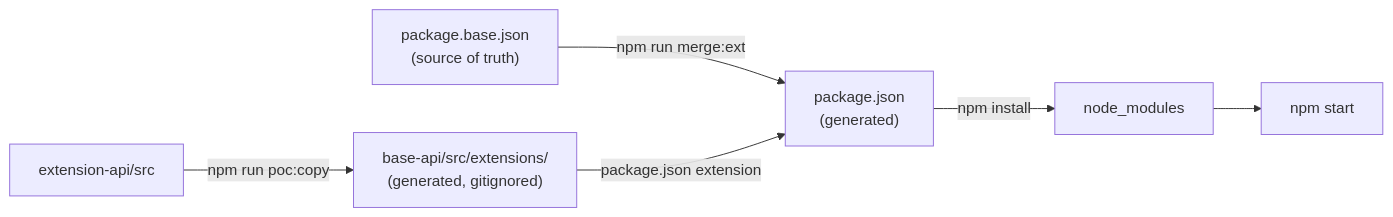
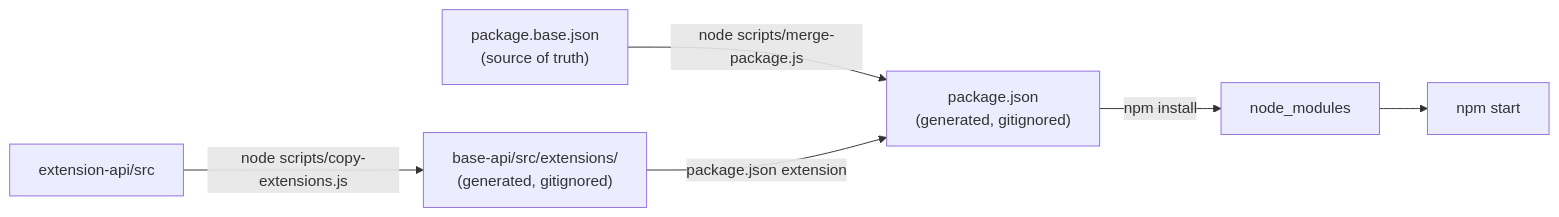
Before and after one commit to satriolangit/express-modular-sample: the sixth of 7 diagrams in docs/ARCHITECTURE.md, drawn with Mermaid. The commit also changed other lines of this file and 7 other files, not shown here.

Commit message:
docs: sync architecture and contracts with hardened behavior

````diff
--- a/docs/ARCHITECTURE.md
+++ b/docs/ARCHITECTURE.md
@@ -397,8 +406,8 @@
 ```mermaid
 flowchart LR
-    A["extension-api/src"] -->|"npm run poc:copy"| B["base-api/src/extensions/<br/>(generated, gitignored)"]
-    C["package.base.json<br/>(source of truth)"] -->|"npm run merge:ext"| D["package.json<br/>(generated)"]
+    A["extension-api/src"] -->|"node scripts/copy-extensions.js"| B["base-api/src/extensions/<br/>(generated, gitignored)"]
+    C["package.base.json<br/>(source of truth)"] -->|"node scripts/merge-package.js"| D["package.json<br/>(generated, gitignored)"]
     B -->|package.json extension| D
     D -->|"npm install"| E["node_modules"]
     E --> F["npm start"]
 ```
````
